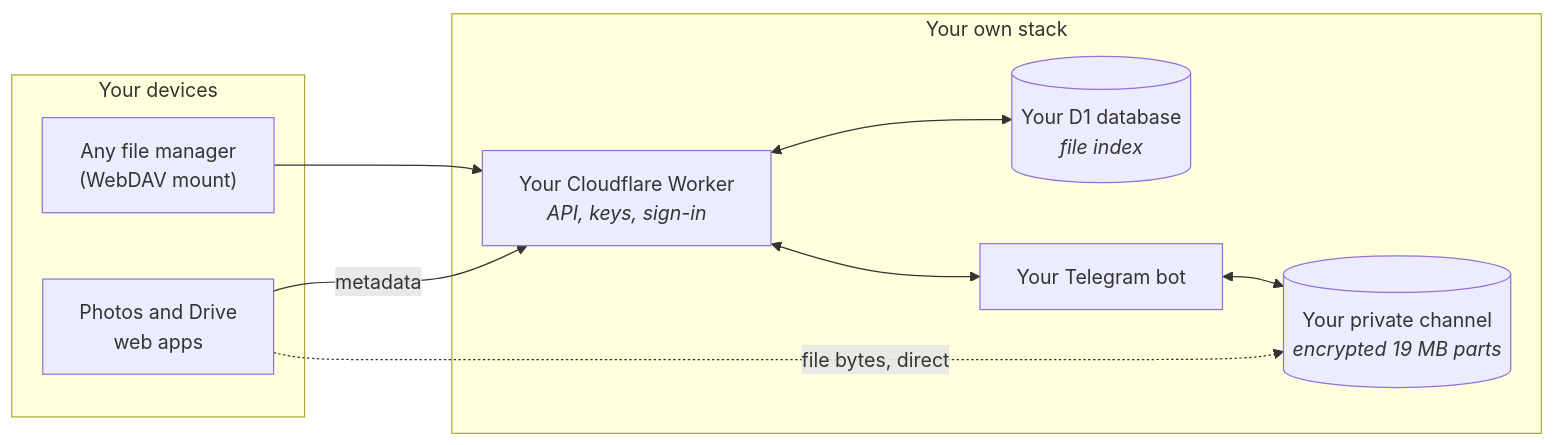
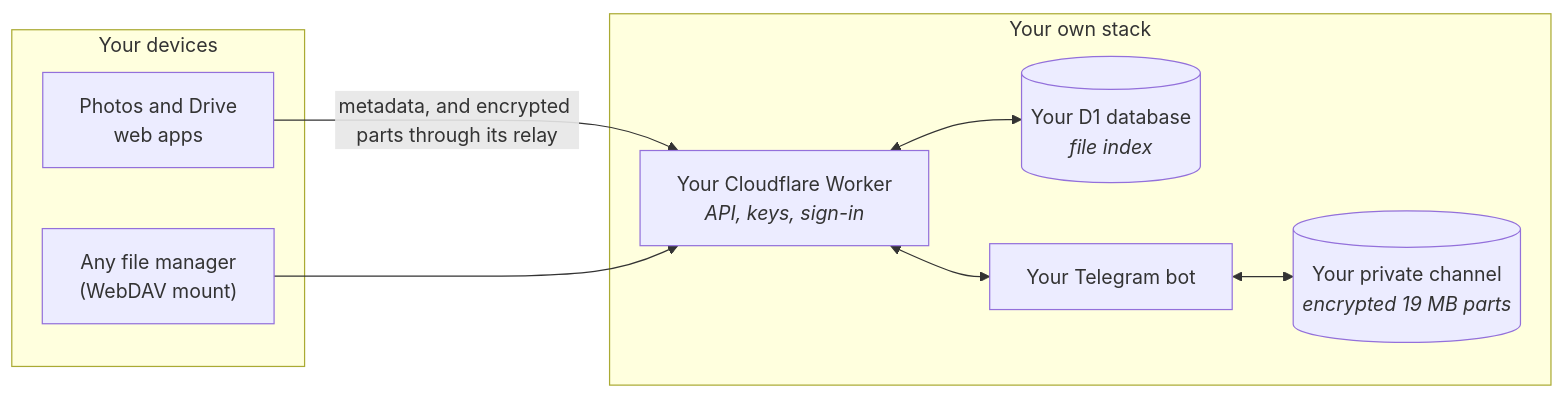
The diagram in README.md (myrosama/DaemonClient), drawn with Mermaid before and after one commit. The commit also changed other lines of this file and 14 other files, not shown here.

````diff
--- a/README.md
+++ b/README.md
@@ -73,21 +73,20 @@
 ```mermaid
 flowchart LR
     subgraph Clients["Your devices"]
         WEB["Photos and Drive<br/>web apps"]
         DAV["Any file manager<br/>(WebDAV mount)"]
     end
 
     subgraph Stack["Your own stack"]
         W["Your Cloudflare Worker<br/><i>API, keys, sign-in</i>"]
         D1[("Your D1 database<br/><i>file index</i>")]
         BOT["Your Telegram bot"]
         CH[("Your private channel<br/><i>encrypted 19 MB parts</i>")]
     end
 
-    WEB -->|metadata| W
+    WEB -->|metadata, and encrypted parts through its relay| W
     DAV --> W
     W <--> D1
     W <--> BOT
-    WEB -.->|file bytes, direct| CH
     BOT <--> CH
 ```
````
